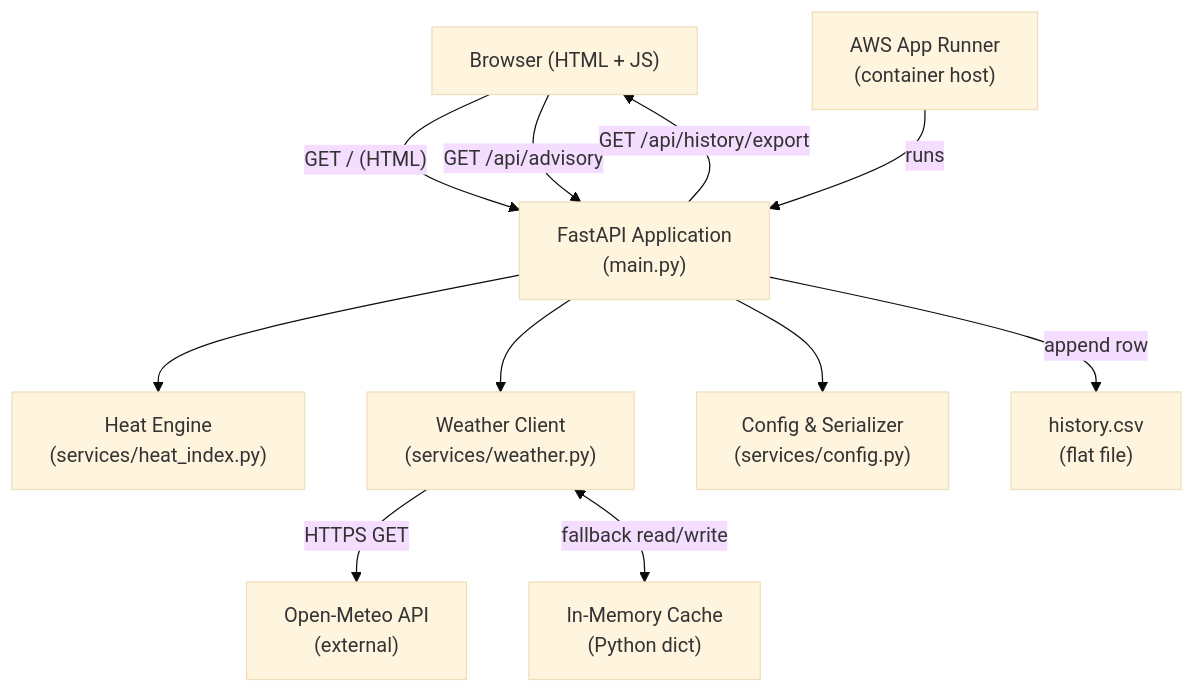
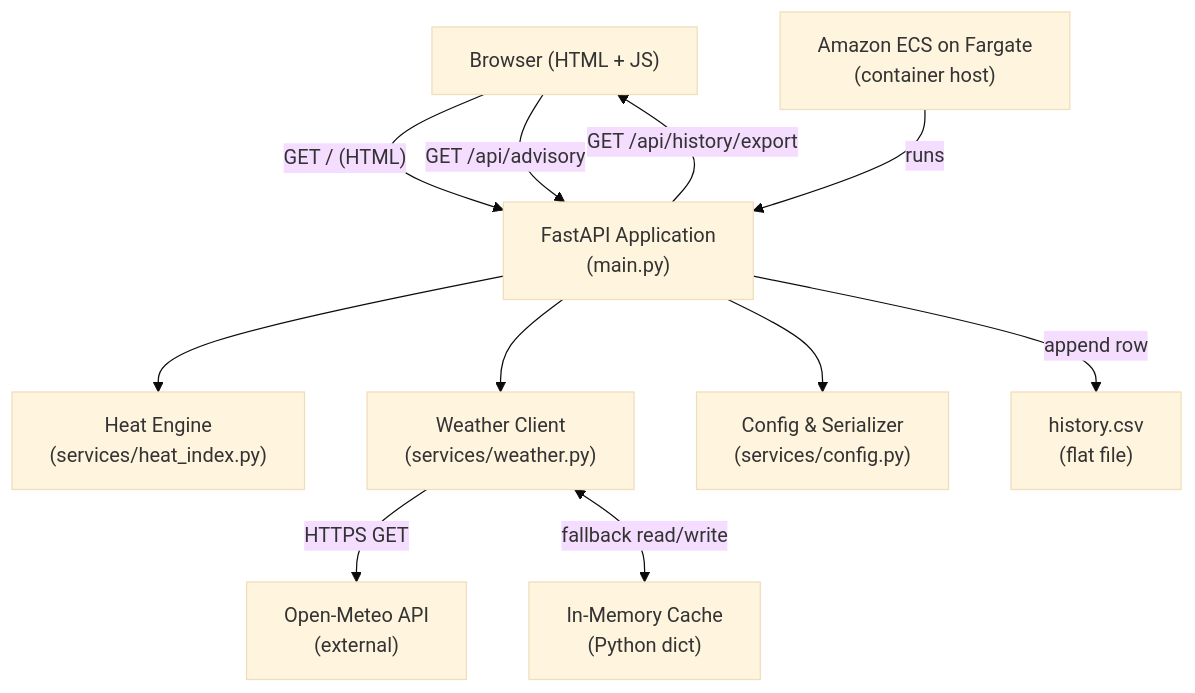
The first of 2 diagrams in .kiro/specs/heat-safe/design.md (tk-data-art/heatsafe), drawn with Mermaid (base theme) before and after one commit. The commit also changed other lines of this file and 11 other files, not shown here.

````diff
--- a/.kiro/specs/heat-safe/design.md
+++ b/.kiro/specs/heat-safe/design.md
@@ -25,23 +25,23 @@
 ```mermaid
 graph TD
     Browser["Browser (HTML + JS)"]
     FastAPI["FastAPI Application\n(main.py)"]
     HeatEngine["Heat Engine\n(services/heat_index.py)"]
     WeatherClient["Weather Client\n(services/weather.py)"]
     ConfigParser["Config & Serializer\n(services/config.py)"]
     OpenMeteo["Open-Meteo API\n(external)"]
     Cache["In-Memory Cache\n(Python dict)"]
     HistoryFile["history.csv\n(flat file)"]
-    AppRunner["AWS App Runner\n(container host)"]
+    AppRunner["Amazon ECS on Fargate\n(container host)"]
 
     Browser -->|"GET / (HTML)"| FastAPI
     Browser -->|"GET /api/advisory"| FastAPI
     FastAPI --> HeatEngine
     FastAPI --> WeatherClient
     FastAPI --> ConfigParser
     WeatherClient -->|"HTTPS GET"| OpenMeteo
     WeatherClient <-->|"fallback read/write"| Cache
     FastAPI -->|"append row"| HistoryFile
     FastAPI -->|"GET /api/history/export"| Browser
     AppRunner -->|"runs"| FastAPI
 ```
````
